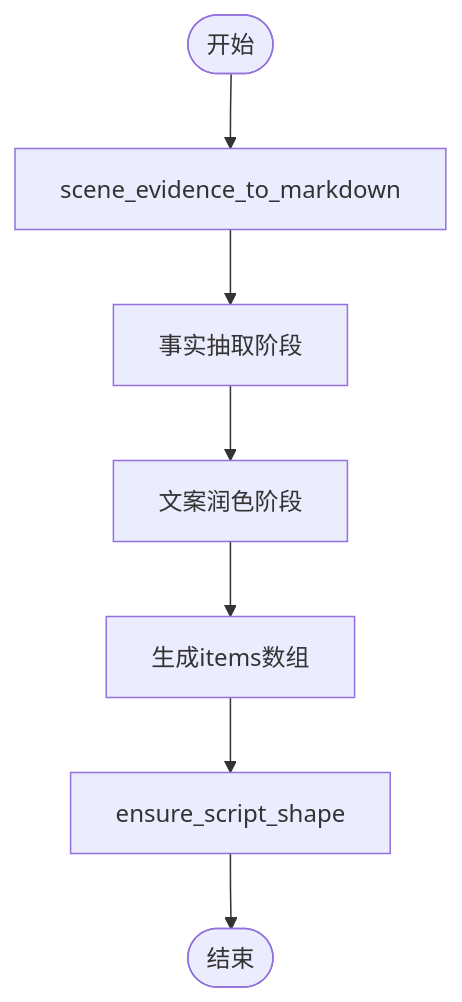
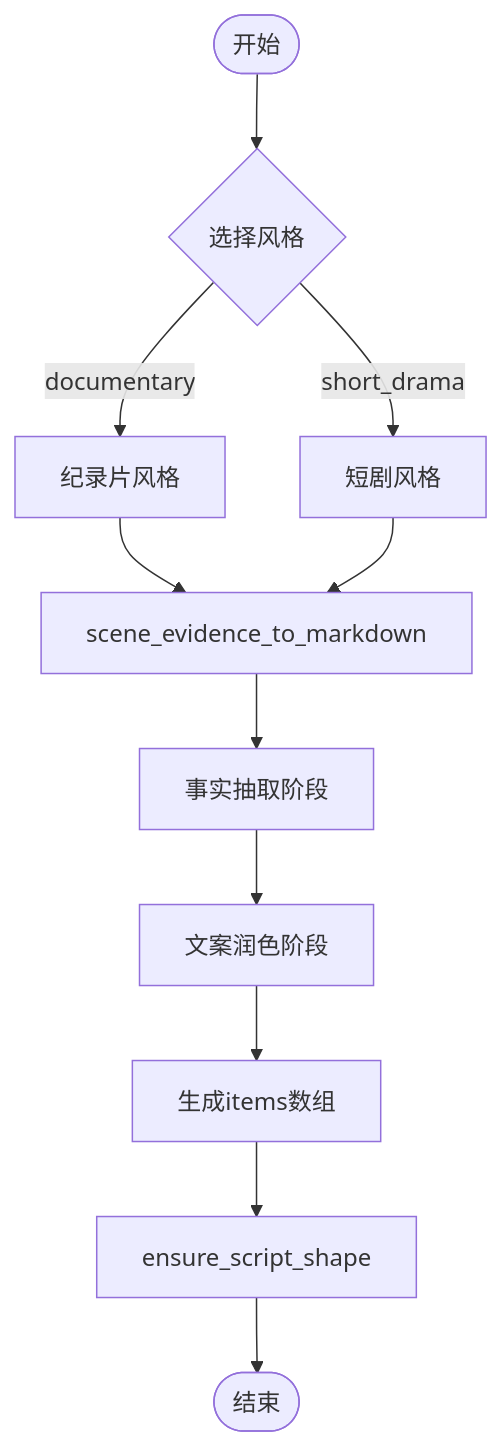
The fourth of 12 diagrams in .qoder/repowiki/zh/content/核心功能/AI影视解说系统/脚本生成器.md (wowoduang/AIVideoClaude), drawn with Mermaid before and after one commit. The commit also changed other lines of this file and 32 other files, not shown here.

````diff
--- a/.qoder/repowiki/zh/content/核心功能/AI影视解说系统/脚本生成器.md
+++ b/.qoder/repowiki/zh/content/核心功能/AI影视解说系统/脚本生成器.md
@@ -244,9 +255,13 @@
 ```mermaid
 flowchart TD
-Start(["开始"]) --> Convert["scene_evidence_to_markdown"]
+Start(["开始"]) --> Style{"选择风格"}
+Style --> |documentary| Doc["纪录片风格"]
+Style --> |short_drama| Short["短剧风格"]
+Doc --> Convert["scene_evidence_to_markdown"]
+Short --> Convert
 Convert --> Facts["事实抽取阶段"]
 Facts --> Polishing["文案润色阶段"]
 Polishing --> Items["生成items数组"]
 Items --> Shape["ensure_script_shape"]
 Shape --> End(["结束"])
 ```
````
